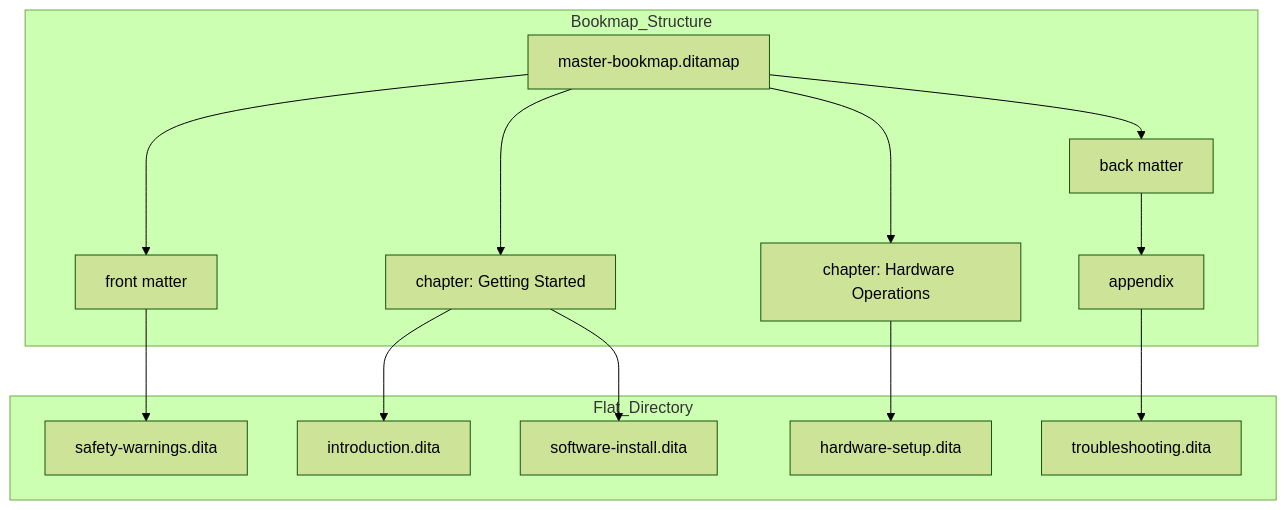
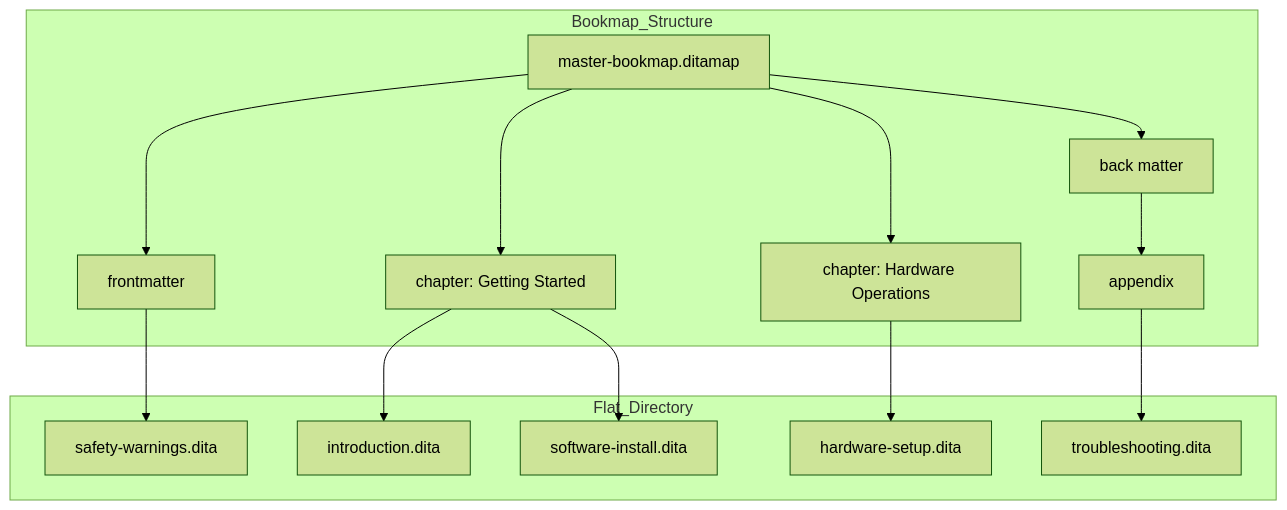
One commit to vaishvanara/techwritingkb changed the diagram in docs/industry-terms/bookmap.md. Above: the diagram before and after it, drawn with Mermaid (forest theme). The commit also changed other lines of this file and 50 other files, not shown here.

````diff
--- a/docs/industry-terms/bookmap.md
+++ b/docs/industry-terms/bookmap.md
@@ -46,24 +46,24 @@
 ```mermaid
 graph TD
     subgraph Flat_Directory
         f1[introduction.dita]
         f2[hardware-setup.dita]
         f3[safety-warnings.dita]
         f4[software-install.dita]
         f5[troubleshooting.dita]
     end
 
     subgraph Bookmap_Structure
-        BM[master-bookmap.ditamap] --> Front[front matter]
+        BM[master-bookmap.ditamap] --> Front[frontmatter]
         BM --> Ch1[chapter: Getting Started]
         BM --> Ch2[chapter: Hardware Operations]
         BM --> Back[back matter]
         
         Front --> f3
         Ch1 --> f1
         Ch1 --> f4
         Ch2 --> f2
         Back --> App[appendix]
         App --> f5
     end
 ```
````
